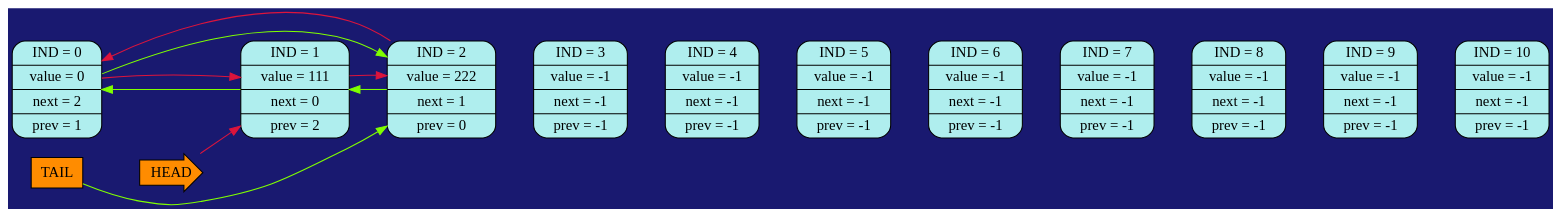
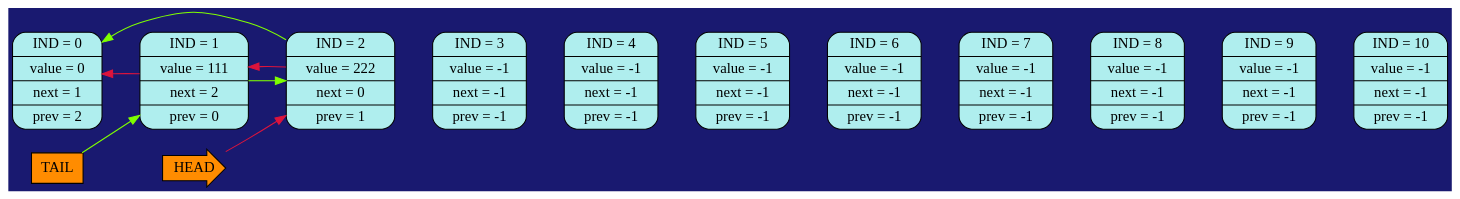
The diagram in pictures/image02.dot (SashaKhaytina/List), drawn with Graphviz before and after one commit. The commit also changed 10 other files, not shown here.

```diff
--- a/pictures/image02.dot
+++ b/pictures/image02.dot
@@ -1,41 +1,39 @@
 digraph
 {
 bgcolor="#191970";
 rankdir = LR;
 edge[style="invis", weight = 1000000];
-IND_0[shape=Mrecord, label = "IND = 0 | value = 0 | next = 2 | prev = 1 ", style="filled",fillcolor="#AFEEEE"]
-IND_1[shape=Mrecord, label = "IND = 1 | value = 111 | next = 0 | prev = 2 ", style="filled",fillcolor="#AFEEEE"]
-IND_2[shape=Mrecord, label = "IND = 2 | value = 222 | next = 1 | prev = 0 ", style="filled",fillcolor="#AFEEEE"]
+IND_0[shape=Mrecord, label = "IND = 0 | value = 0 | next = 1 | prev = 2 ", style="filled",fillcolor="#AFEEEE"]
+IND_1[shape=Mrecord, label = "IND = 1 | value = 111 | next = 2 | prev = 0 ", style="filled",fillcolor="#AFEEEE"]
+IND_2[shape=Mrecord, label = "IND = 2 | value = 222 | next = 0 | prev = 1 ", style="filled",fillcolor="#AFEEEE"]
 IND_3[shape=Mrecord, label = "IND = 3 | value = -1 | next = -1 | prev = -1 ", style="filled",fillcolor="#AFEEEE"]
 IND_4[shape=Mrecord, label = "IND = 4 | value = -1 | next = -1 | prev = -1 ", style="filled",fillcolor="#AFEEEE"]
 IND_5[shape=Mrecord, label = "IND = 5 | value = -1 | next = -1 | prev = -1 ", style="filled",fillcolor="#AFEEEE"]
 IND_6[shape=Mrecord, label = "IND = 6 | value = -1 | next = -1 | prev = -1 ", style="filled",fillcolor="#AFEEEE"]
 IND_7[shape=Mrecord, label = "IND = 7 | value = -1 | next = -1 | prev = -1 ", style="filled",fillcolor="#AFEEEE"]
 IND_8[shape=Mrecord, label = "IND = 8 | value = -1 | next = -1 | prev = -1 ", style="filled",fillcolor="#AFEEEE"]
 IND_9[shape=Mrecord, label = "IND = 9 | value = -1 | next = -1 | prev = -1 ", style="filled",fillcolor="#AFEEEE"]
 IND_10[shape=Mrecord, label = "IND = 10 | value = -1 | next = -1 | prev = -1 ", style="filled",fillcolor="#AFEEEE"]
 IND_0 -> IND_1
 IND_1 -> IND_2
 IND_2 -> IND_3
 IND_3 -> IND_4
 IND_4 -> IND_5
 IND_5 -> IND_6
 IND_6 -> IND_7
 IND_7 -> IND_8
 IND_8 -> IND_9
 IND_9 -> IND_10
 TAIL[shape="rectangle", width = 0.5, height = 0.4, style="filled", fillcolor="#FF8C00"];
 HEAD[shape="rarrow", width = 0.5, height = 0.5, style="filled", fillcolor="#FF8C00"];
 { rank = same; TAIL; IND_0}
 TAIL -> HEAD
 edge[color="#7FFF00", weight = 1, style=""];
-IND_0 -> IND_2;
+IND_1 -> IND_2;
+IND_2 -> IND_0;
+TAIL -> IND_1;
+edge[color="#DC143C", weight = 1, style=""];
 IND_1 -> IND_0;
 IND_2 -> IND_1;
-TAIL -> IND_2;
-edge[color="#DC143C", weight = 1, style=""];
-IND_0 -> IND_1;
-IND_1 -> IND_2;
-IND_2 -> IND_0;
-HEAD -> IND_1;
+HEAD -> IND_2;
 }
```
